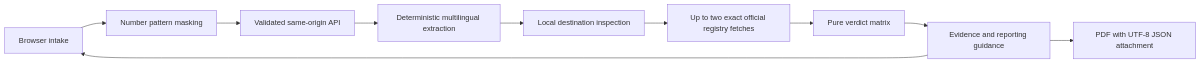
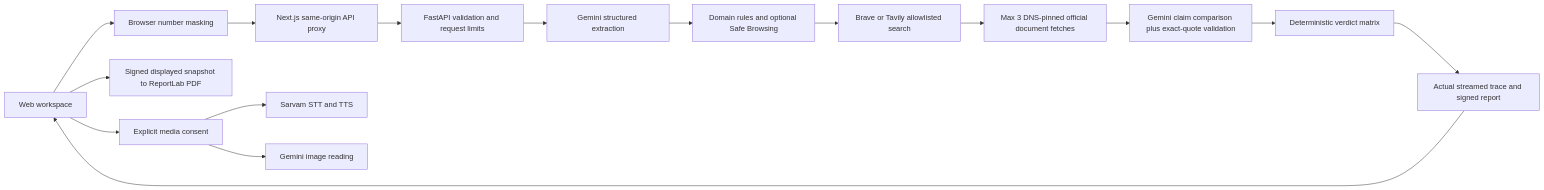
One commit to hemishsrichandra/Nivaar changed the diagram in docs/ARCHITECTURE.md. Above: the diagram before and after it, drawn with Mermaid. The commit also changed other lines of this file and 193 other files, not shown here.

````diff
--- a/docs/ARCHITECTURE.md
+++ b/docs/ARCHITECTURE.md
@@ -5,12 +5,18 @@
 ```mermaid
 flowchart LR
- Browser[Browser intake] --> Mask[Number pattern masking]
- Mask --> API[Validated same-origin API]
- API --> Extract[Deterministic multilingual extraction]
- Extract --> Domain[Local destination inspection]
- Domain --> Fetch[Up to two exact official registry fetches]
- Fetch --> Rules[Pure verdict matrix]
- Rules --> Report[Evidence and reporting guidance]
- Report --> Browser
- Report --> PDF[PDF with UTF-8 JSON attachment]
+ Browser[Web workspace] --> Mask[Browser number masking]
+ Mask --> Next[Next.js same-origin API proxy]
+ Next --> API[FastAPI validation and request limits]
+ API --> Extract[Gemini structured extraction]
+ Extract --> URL[Domain rules and optional Safe Browsing]
+ URL --> Search[Brave or Tavily allowlisted search]
+ Search --> Fetch[Max 3 DNS-pinned official document fetches]
+ Fetch --> Ground[Gemini claim comparison plus exact-quote validation]
+ Ground --> Rules[Deterministic verdict matrix]
+ Rules --> Stream[Actual streamed trace and signed report]
+ Stream --> Browser
+ Browser --> PDF[Signed displayed snapshot to ReportLab PDF]
+ Browser --> Consent[Explicit media consent]
+ Consent --> Speech[Sarvam STT and TTS]
+ Consent --> Vision[Gemini image reading]
 ```
````
